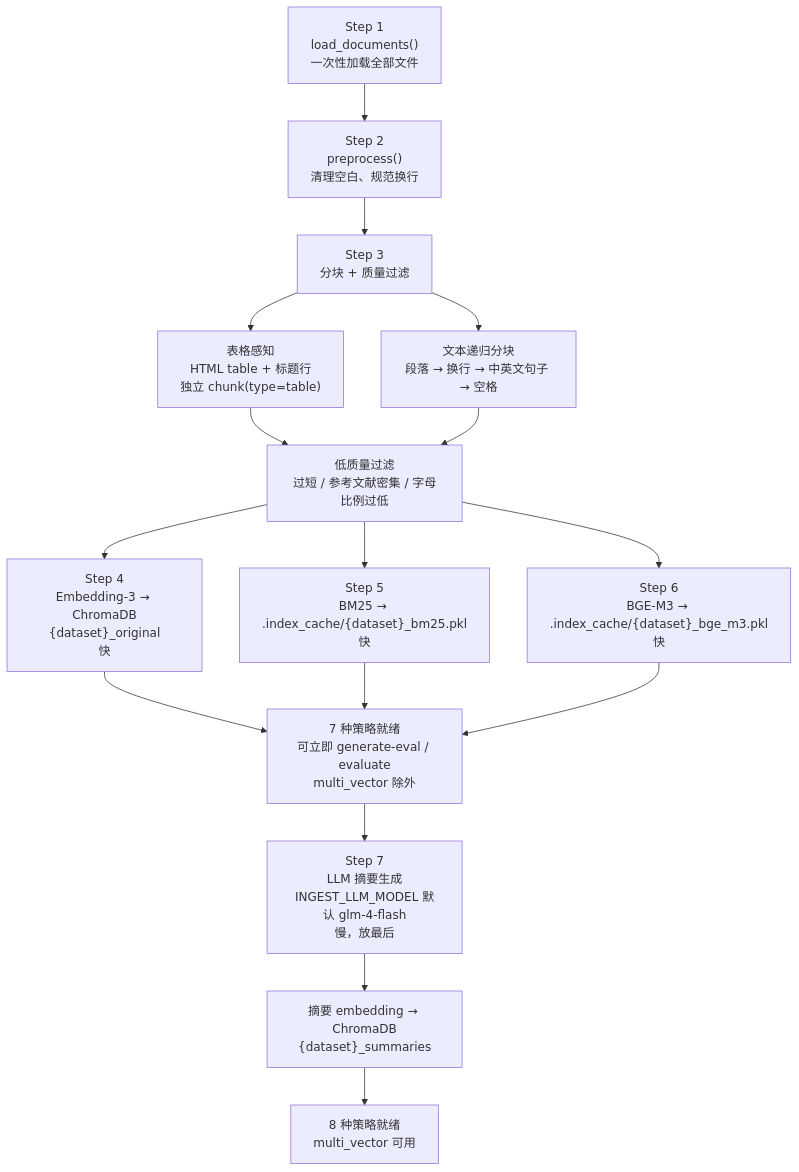
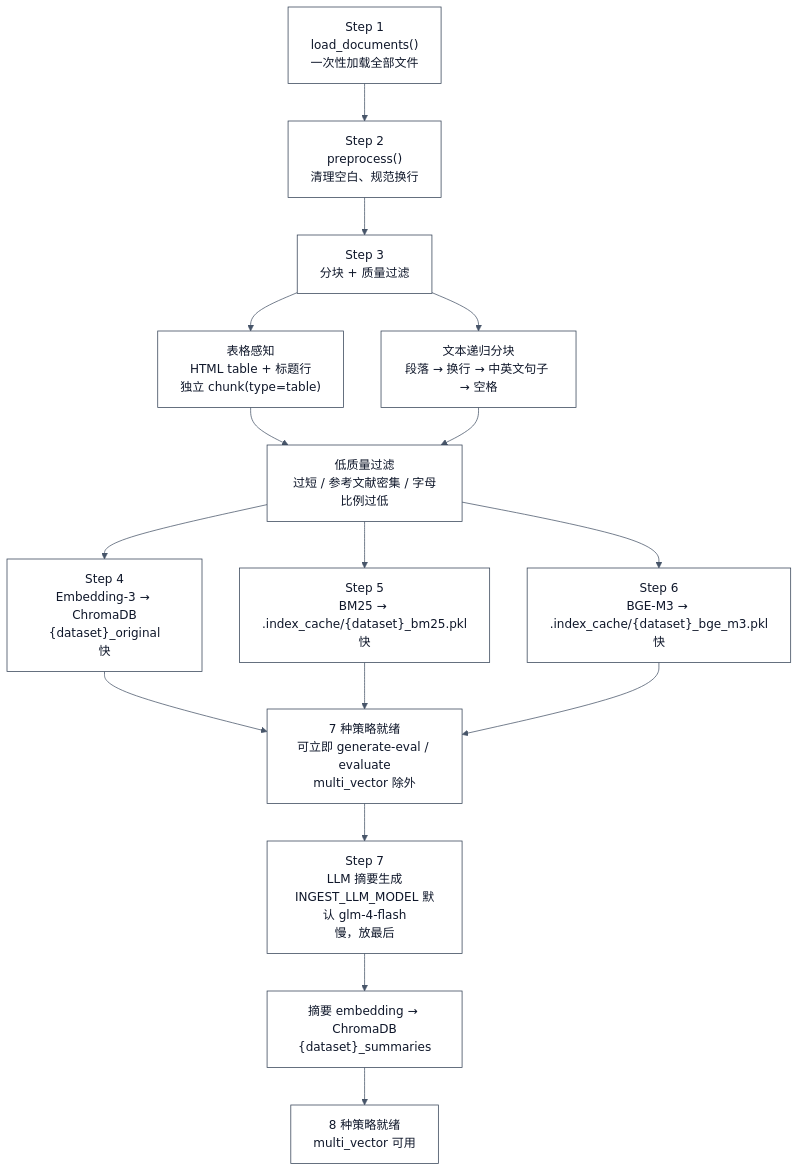
Before and after one commit to Yanjieij/Advanced-RAG-public: the fifth of 12 diagrams in README.md, drawn with Mermaid. The commit also changed other lines of this file, not shown here.

Commit message:
docs: improve Mermaid dark mode readability

````diff
--- a/README.md
+++ b/README.md
@@ -1100,24 +1104,25 @@
 ```mermaid
+%%{init: {"theme":"base","themeVariables":{"background":"#ffffff","mainBkg":"#ffffff","primaryColor":"#f8fafc","primaryTextColor":"#0f172a","primaryBorderColor":"#334155","lineColor":"#475569","secondaryColor":"#eef6ff","tertiaryColor":"#fff7ed","clusterBkg":"#ffffff","clusterBorder":"#cbd5e1","edgeLabelBackground":"#ffffff","nodeTextColor":"#0f172a","actorBkg":"#f8fafc","actorBorder":"#334155","actorTextColor":"#0f172a","signalColor":"#475569","signalTextColor":"#0f172a","noteBkg":"#fff7ed","noteTextColor":"#0f172a","fontFamily":"Inter, ui-sans-serif, system-ui, sans-serif"}}}%%
 flowchart TD
     A["Step 1<br/>load_documents()<br/>一次性加载全部文件"]
     B["Step 2<br/>preprocess()<br/>清理空白、规范换行"]
     C["Step 3<br/>分块 + 质量过滤"]
     C1["表格感知<br/>HTML table + 标题行<br/>独立 chunk(type=table)"]
     C2["文本递归分块<br/>段落 → 换行 → 中英文句子 → 空格"]
     C3["低质量过滤<br/>过短 / 参考文献密集 / 字母比例过低"]
     D["Step 4<br/>Embedding-3 → ChromaDB<br/>{dataset}_original<br/>快"]
     E["Step 5<br/>BM25 → .index_cache/{dataset}_bm25.pkl<br/>快"]
     F["Step 6<br/>BGE-M3 → .index_cache/{dataset}_bge_m3.pkl<br/>快"]
     G["7 种策略就绪<br/>可立即 generate-eval / evaluate<br/>multi_vector 除外"]
     H["Step 7<br/>LLM 摘要生成<br/>INGEST_LLM_MODEL 默认 glm-4-flash<br/>慢，放最后"]
     I["摘要 embedding → ChromaDB<br/>{dataset}_summaries"]
     J["8 种策略就绪<br/>multi_vector 可用"]
 
     A --> B --> C
     C --> C1 --> C3
     C --> C2 --> C3
     C3 --> D --> G
     C3 --> E --> G
     C3 --> F --> G
     G --> H --> I --> J
 ```
````
